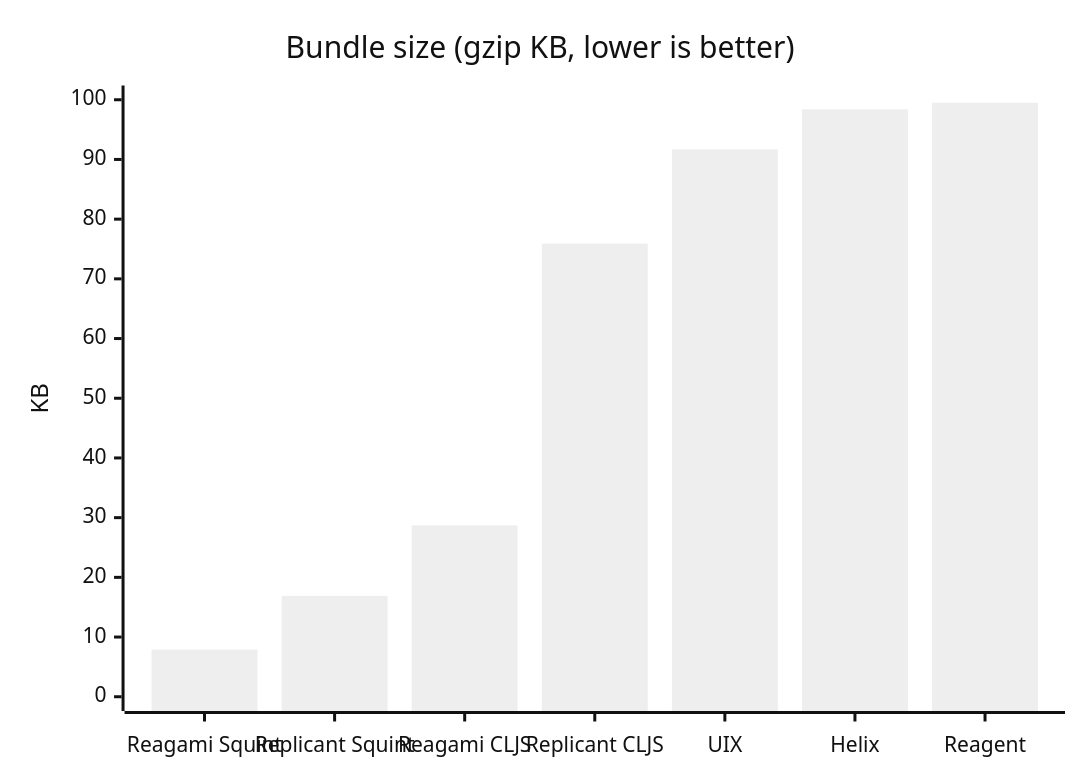
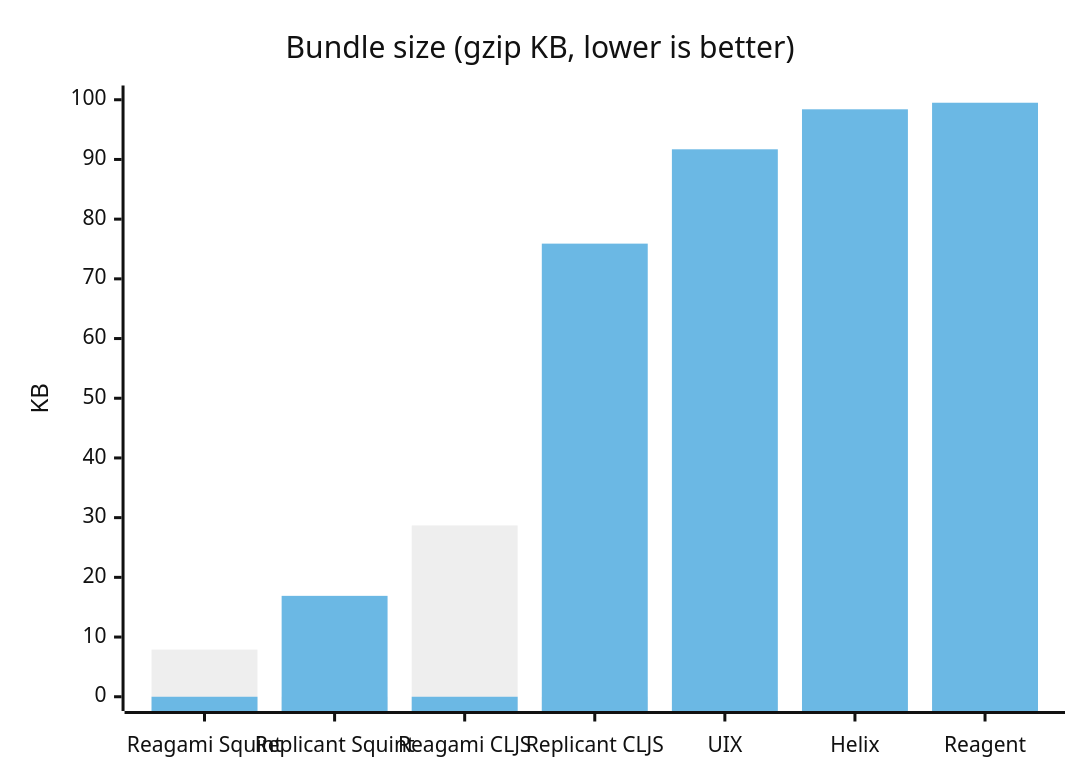
One commit to borkdude/reagami changed the second of 2 diagrams in README.md. Above: the diagram before and after it, drawn with Mermaid (neutral theme). The commit also changed other lines of this file and 1 other file, not shown here.

````diff
--- a/README.md
+++ b/README.md
@@ -193,7 +195,9 @@
 ```mermaid
+%%{init: {"xychart": {"plotColorPalette": "#ff7f0e, #4c78a8"}}}%%
 xychart-beta
     title "Bundle size (gzip KB, lower is better)"
     x-axis ["Reagami Squint", "Replicant Squint", "Reagami CLJS", "Replicant CLJS", "UIX", "Helix", "Reagent"]
     y-axis "KB" 0 --> 100
-    bar [7.9, 16.9, 28.7, 75.9, 91.7, 98.4, 99.5]
+    bar [7.9, 0, 28.7, 0, 0, 0, 0]
+    bar [0, 16.9, 0, 75.9, 91.7, 98.4, 99.5]
 ```
````
